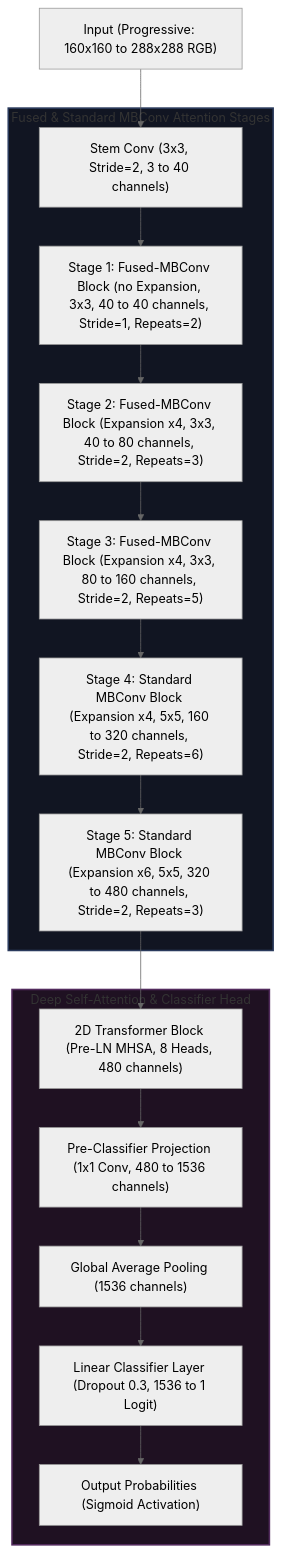
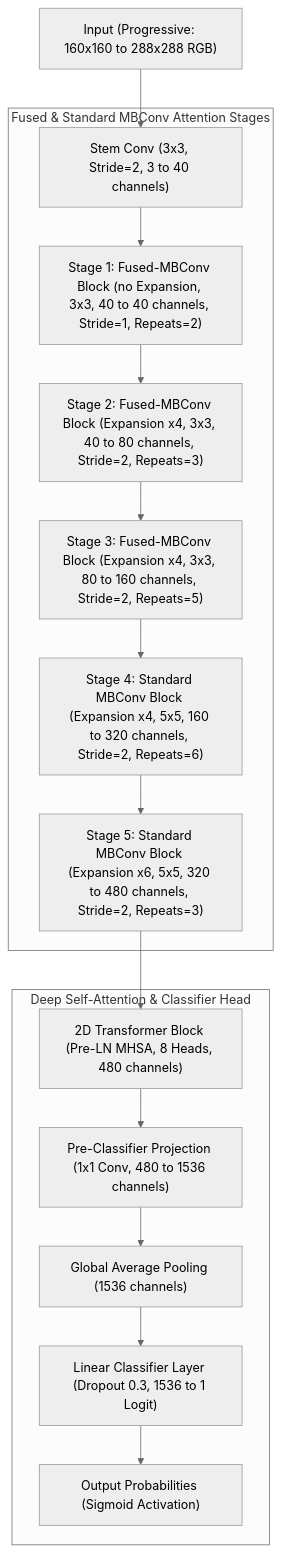
One commit to angelol/perceptronium changed the first of 2 diagrams in pytorch_cnn/README.md. Above: the diagram before and after it, drawn with Mermaid (neutral theme).

Commit message:
docs: improve contrast and readability of Mermaid diagram subgraphs

````diff
--- a/pytorch_cnn/README.md
+++ b/pytorch_cnn/README.md
@@ -13,23 +13,20 @@
 ```mermaid
 graph TD
     Input["Input (Progressive: 160x160 to 288x288 RGB)"] --> Stem["Stem Conv (3x3, Stride=2, 3 to 40 channels)"]
     
     subgraph CNN_Backbone ["Fused & Standard MBConv Attention Stages"]
         Stem --> Stage1["Stage 1: Fused-MBConv Block (no Expansion, 3x3, 40 to 40 channels, Stride=1, Repeats=2)"]
         Stage1 --> Stage2["Stage 2: Fused-MBConv Block (Expansion x4, 3x3, 40 to 80 channels, Stride=2, Repeats=3)"]
         Stage2 --> Stage3["Stage 3: Fused-MBConv Block (Expansion x4, 3x3, 80 to 160 channels, Stride=2, Repeats=5)"]
         Stage3 --> Stage4["Stage 4: Standard MBConv Block (Expansion x4, 5x5, 160 to 320 channels, Stride=2, Repeats=6)"]
         Stage4 --> Stage5["Stage 5: Standard MBConv Block (Expansion x6, 5x5, 320 to 480 channels, Stride=2, Repeats=3)"]
     end
     
     subgraph Attention_Classification ["Deep Self-Attention & Classifier Head"]
         Stage5 --> Transformer["2D Transformer Block (Pre-LN MHSA, 8 Heads, 480 channels)"]
         Transformer --> Projection["Pre-Classifier Projection (1x1 Conv, 480 to 1536 channels)"]
         Projection --> GAP["Global Average Pooling (1536 channels)"]
         GAP --> Classifier["Linear Classifier Layer (Dropout 0.3, 1536 to 1 Logit)"]
         Classifier --> Output["Output Probabilities (Sigmoid Activation)"]
     end
-
-    style CNN_Backbone fill:#111522,stroke:#2a3a5c,stroke-width:2px;
-    style Attention_Classification fill:#1f1122,stroke:#512a5c,stroke-width:2px;
 ```
````
